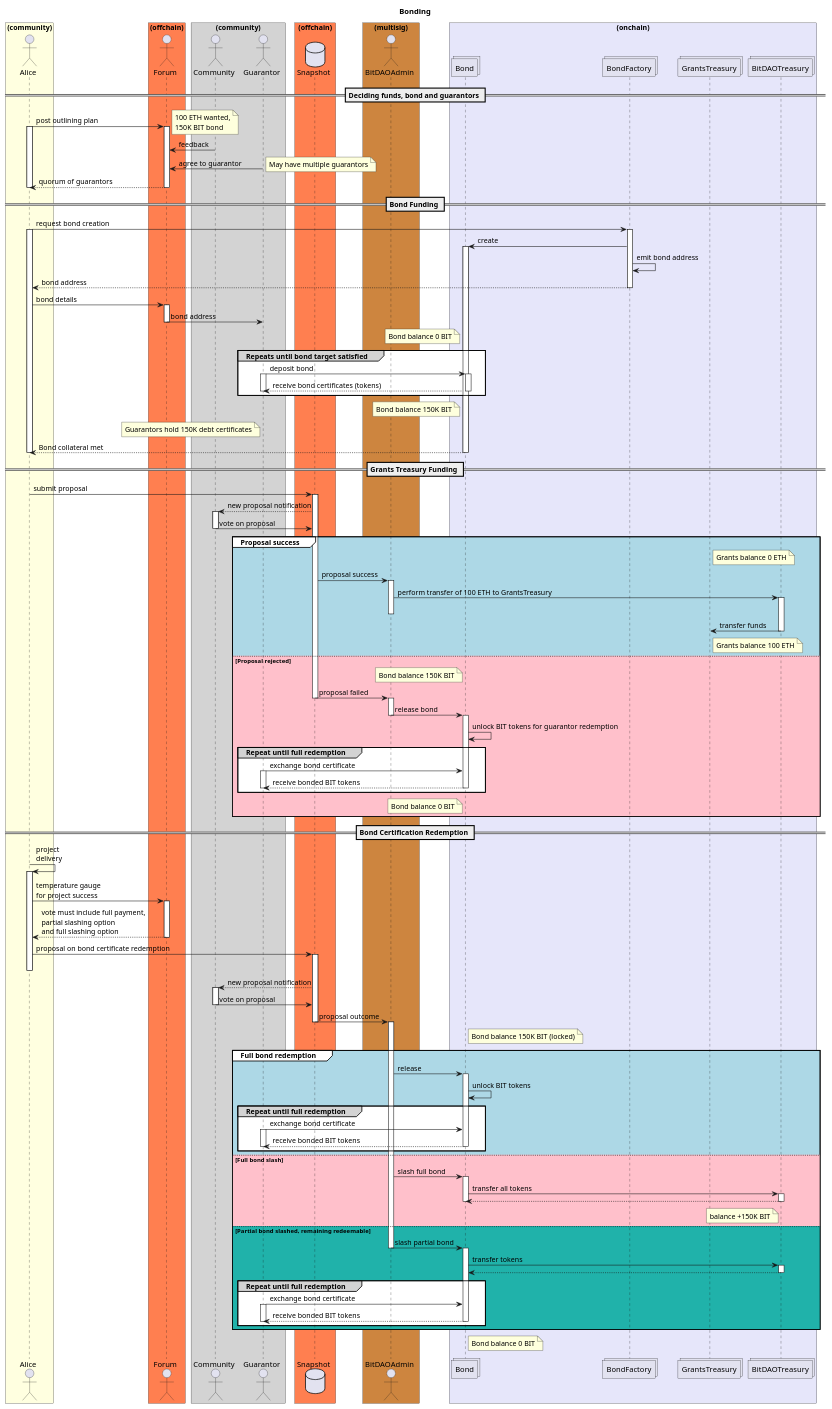
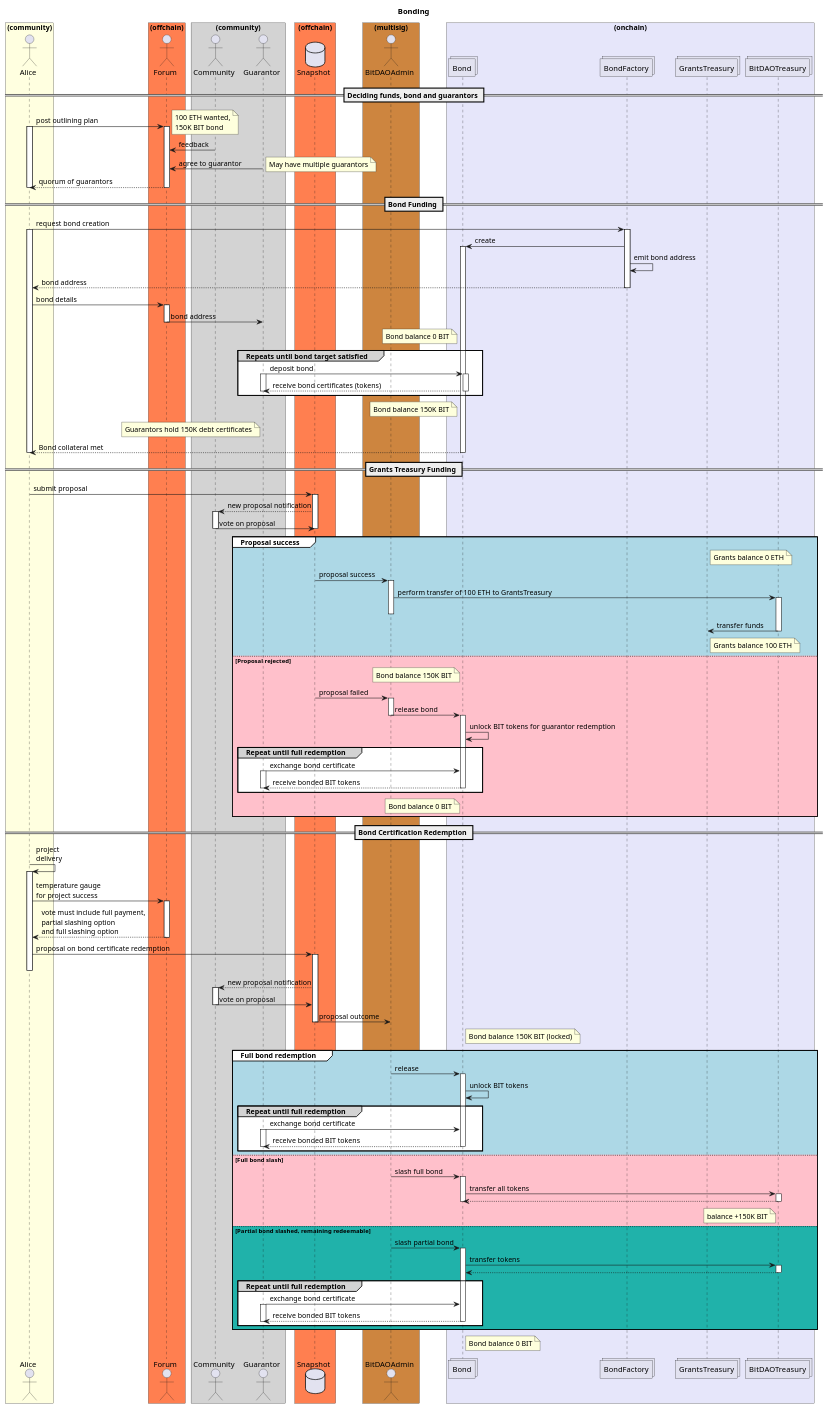
One commit to windranger-io/windranger-treasury changed the diagram in docs/specs/bonding.puml. Above: the diagram before and after it, drawn with PlantUML.

Commit message:
spec: no activiation bar on entrying group elements

```diff
--- a/docs/specs/bonding.puml
+++ b/docs/specs/bonding.puml
@@ -1,192 +1,189 @@
 @startuml
 'https://plantuml.com/sequence-diagram
 
 title Bonding
 
 box "(community)" #LightYellow
 actor Alice as alice
 end box
 
 box "(offchain)" #Coral
 actor Forum as forum
 end box
 
 box "(community)" #LightGray
 actor Community as community
 actor Guarantor as guarantor
 end box
 
 box "(offchain)" #Coral
 database Snapshot as snapshot
 end box
 
 box "(multisig)" #Peru
 actor BitDAOAdmin as bitdaoadmin
 end box
 
 box "(onchain)" #Lavender
 collections Bond as bond
 collections BondFactory as bondFactory
 collections GrantsTreasury as grantstreasury
 collections BitDAOTreasury as bitdaotreasury
 end box
 
 
 == Deciding funds, bond and guarantors ==
 
 alice->forum                : post outlining plan
 activate alice
 activate forum
 note right                  : 100 ETH wanted,\n150K BIT bond
 community->forum            : feedback
 guarantor->forum            : agree to guarantor
 note right                  : May have multiple guarantors
 forum-->alice               : quorum of guarantors
 deactivate forum
 deactivate alice
 
 == Bond Funding ==
 
 alice->bondFactory          : request bond creation
 activate alice
 activate bondFactory
 bondFactory->bond           : create
 activate bond
 bondFactory->bondFactory    : emit bond address
 bondFactory-->alice         : bond address
 deactivate bondFactory
 alice->forum                : bond details
 activate forum
 forum->guarantor            : bond address
 deactivate forum
 
 note left of bond           : Bond balance 0 BIT
 
 group#lightgray #white Repeats until bond target satisfied
     guarantor->bond         : deposit bond
     activate guarantor
     activate bond
     bond-->guarantor        : receive bond certificates (tokens)
     deactivate guarantor
     deactivate bond
 end
 
 note left of bond           : Bond balance 150K BIT
 note left of guarantor      : Guarantors hold 150K debt certificates
 
 bond --> alice              : Bond collateral met
 deactivate bond
 deactivate alice
 
 == Grants Treasury Funding ==
 alice -> snapshot               : submit proposal
 activate snapshot
 snapshot-->community            : new proposal notification
 activate community
 community -> snapshot           : vote on proposal
 deactivate community
+deactivate snapshot
 
 group#white #LightBlue Proposal success
 
     note right of grantstreasury    : Grants balance 0 ETH
-
     snapshot -> bitdaoadmin         : proposal success
     activate bitdaoadmin
     bitdaoadmin -> bitdaotreasury   : perform transfer of 100 ETH to GrantsTreasury
     activate bitdaotreasury
     deactivate bitdaoadmin
     bitdaotreasury -> grantstreasury: transfer funds
     deactivate bitdaotreasury
 
     note right of grantstreasury    : Grants balance 100 ETH
 
 else #Pink Proposal rejected
 
     note left of bond               : Bond balance 150K BIT
 
     snapshot -> bitdaoadmin         : proposal failed
-    deactivate snapshot
     activate bitdaoadmin
     bitdaoadmin -> bond             : release bond
     deactivate bitdaoadmin
     activate bond
     bond -> bond                    : unlock BIT tokens for guarantor redemption
 
     group#lightgray #white Repeat until full redemption
         guarantor->bond             : exchange bond certificate
         activate guarantor
         bond-->guarantor            : receive bonded BIT tokens
         deactivate bond
         deactivate guarantor
     end
 
     note left of bond               : Bond balance 0 BIT
 end
 
 == Bond Certification Redemption ==
 
 alice->alice                    : project\ndelivery
 activate alice
 alice->forum                    : temperature gauge\nfor project success
 activate forum
 forum-->alice                   : vote must include full payment,\npartial slashing option\nand full slashing option
 deactivate forum
 alice->snapshot                 : proposal on bond certificate redemption
 activate snapshot
 deactivate alice
 snapshot-->community            : new proposal notification
 activate community
 community -> snapshot           : vote on proposal
 deactivate community
 snapshot -> bitdaoadmin         : proposal outcome
 deactivate snapshot
-activate bitdaoadmin
 
 note right of bond              : Bond balance 150K BIT (locked)
 
 group#white #LightBlue Full bond redemption
     bitdaoadmin->bond           : release
     activate bond
     bond->bond                  : unlock BIT tokens
 
     group#lightgray #white Repeat until full redemption
         guarantor->bond         : exchange bond certificate
         activate guarantor
         bond-->guarantor        : receive bonded BIT tokens
         deactivate bond
         deactivate guarantor
     end
 
 else #Pink Full bond slash
     bitdaoadmin->bond           : slash full bond
     activate bond
     bond->bitdaotreasury        : transfer all tokens
     activate bitdaotreasury
     bitdaotreasury-->bond
     deactivate bitdaotreasury
     deactivate bond
 
     note left of bitdaotreasury : balance +150K BIT
 
 else #lightseagreen Partial bond slashed, remaining redeemable
     bitdaoadmin->bond           : slash partial bond
-    deactivate bitdaoadmin
     activate bond
     bond->bitdaotreasury        : transfer tokens
     activate bitdaotreasury
     bitdaotreasury-->bond
     deactivate bitdaotreasury
     
     group#lightgray #white Repeat until full redemption
         guarantor->bond         : exchange bond certificate
         activate guarantor
         bond-->guarantor        : receive bonded BIT tokens
         deactivate bond
         deactivate guarantor
     end
 end
 
 
 note right of bond              : Bond balance 0 BIT
 
 @enduml
```
